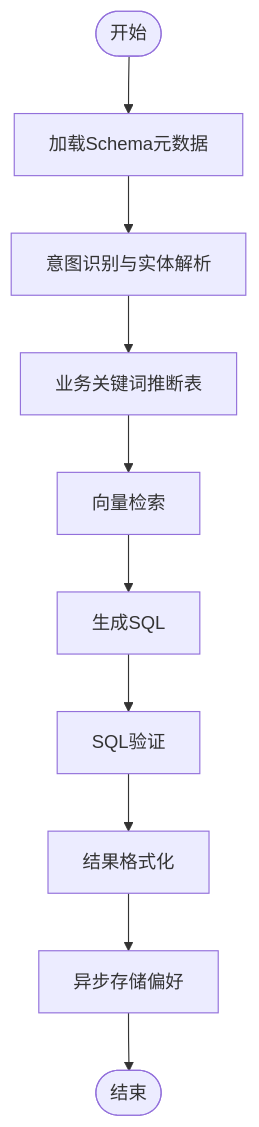
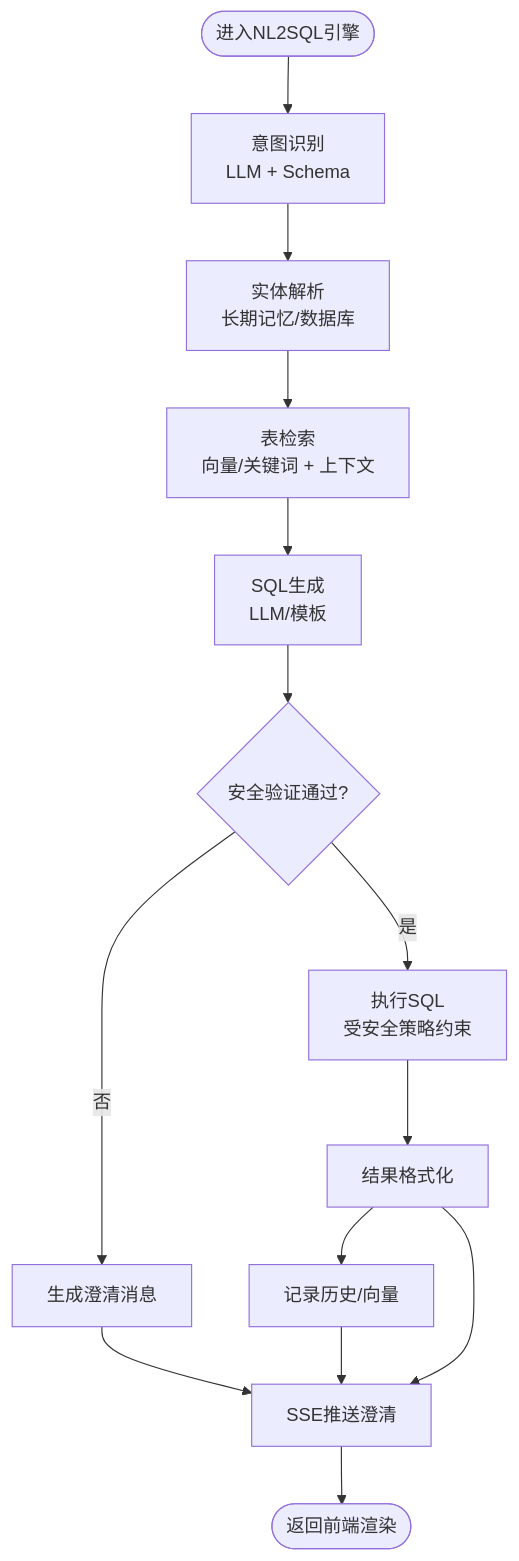
One commit to HanHuiOnLine/724-office changed the fourth of 9 diagrams in NL2SQL/.qoder/repowiki/zh/content/系统架构/数据流设计.md. Above: the diagram before and after it, drawn with Mermaid. The commit also changed other lines of this file and 207 other files, not shown here.

````diff
--- a/NL2SQL/.qoder/repowiki/zh/content/系统架构/数据流设计.md
+++ b/NL2SQL/.qoder/repowiki/zh/content/系统架构/数据流设计.md
@@ -187,12 +203,16 @@
 ```mermaid
 flowchart TD
-Start(["开始"]) --> LoadSchema["加载Schema元数据"]
-LoadSchema --> Intent["意图识别与实体解析"]
-Intent --> InferTables["业务关键词推断表"]
-InferTables --> VectorSearch["向量检索"]
-VectorSearch --> GenerateSQL["生成SQL"]
-GenerateSQL --> ValidateSQL["SQL验证"]
-ValidateSQL --> FormatResult["结果格式化"]
-FormatResult --> StoreMemory["异步存储偏好"]
-StoreMemory --> End(["结束"])
+Start(["进入NL2SQL引擎"]) --> Intent["意图识别<br/>LLM + Schema"]
+Intent --> Entities["实体解析<br/>长期记忆/数据库"]
+Entities --> Tables["表检索<br/>向量/关键词 + 上下文"]
+Tables --> SQLGen["SQL生成<br/>LLM/模板"]
+SQLGen --> Validate{"安全验证通过?"}
+Validate --> |否| Clarify["生成澄清消息"]
+Validate --> |是| Exec["执行SQL<br/>受安全策略约束"]
+Exec --> Format["结果格式化"]
+Format --> Persist["记录历史/向量"]
+Clarify --> SSE["SSE推送澄清"]
+Persist --> SSE
+Format --> SSE
+SSE --> End(["返回前端渲染"])
 ```
````
